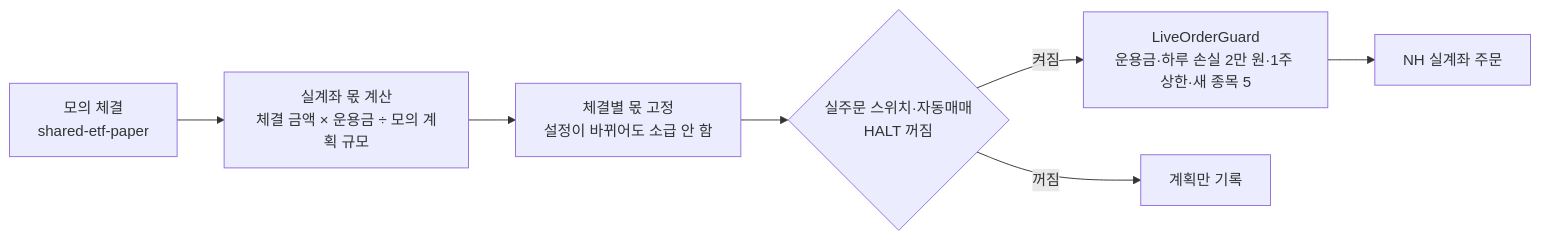
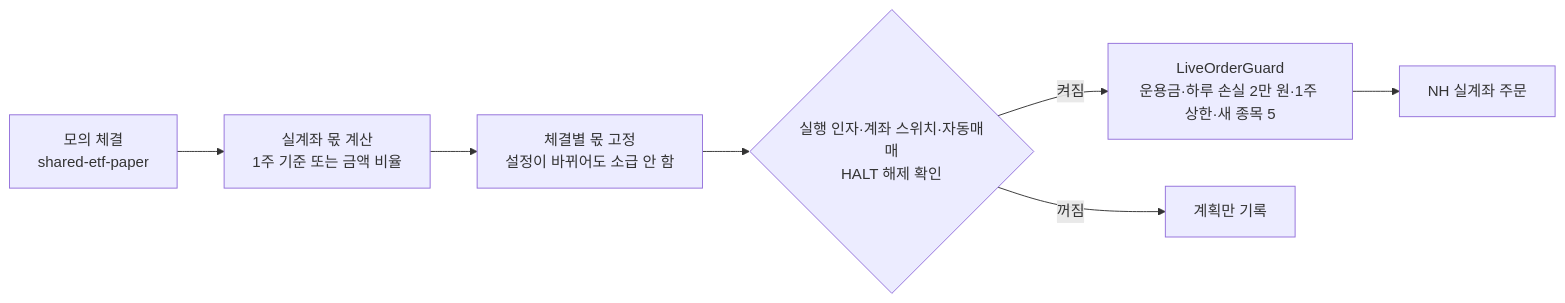
One commit to roadkwonai/omni-ai-trading changed diagram 12 of 15 in README.md. Above: the diagram before and after it, drawn with Mermaid. The commit also changed other lines of this file and 27 other files, not shown here.

````diff
--- a/README.md
+++ b/README.md
@@ -810,9 +831,9 @@
 ```mermaid
 flowchart LR
-  f["모의 체결<br/>shared-etf-paper"] --> p["실계좌 몫 계산<br/>체결 금액 × 운용금 ÷ 모의 계획 규모"]
+  f["모의 체결<br/>shared-etf-paper"] --> p["실계좌 몫 계산<br/>1주 기준 또는 금액 비율"]
   p --> pin["체결별 몫 고정<br/>설정이 바뀌어도 소급 안 함"]
-  pin --> sw{"실주문 스위치·자동매매<br/>HALT 꺼짐"}
+  pin --> sw{"실행 인자·계좌 스위치·자동매매<br/>HALT 해제 확인"}
   sw -->|켜짐| g["LiveOrderGuard<br/>운용금·하루 손실 2만 원·1주 상한·새 종목 5"]
   sw -->|꺼짐| plan["계획만 기록"]
   g --> nh["NH 실계좌 주문"]
 ```
````
